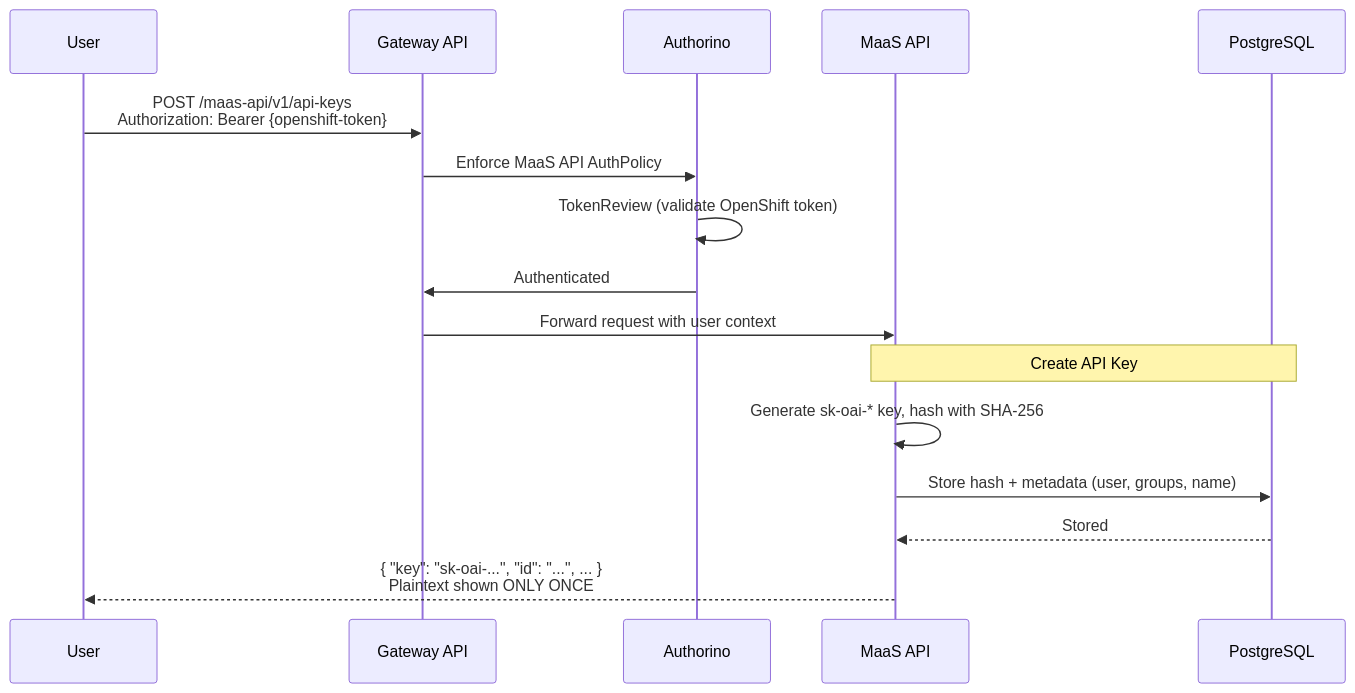
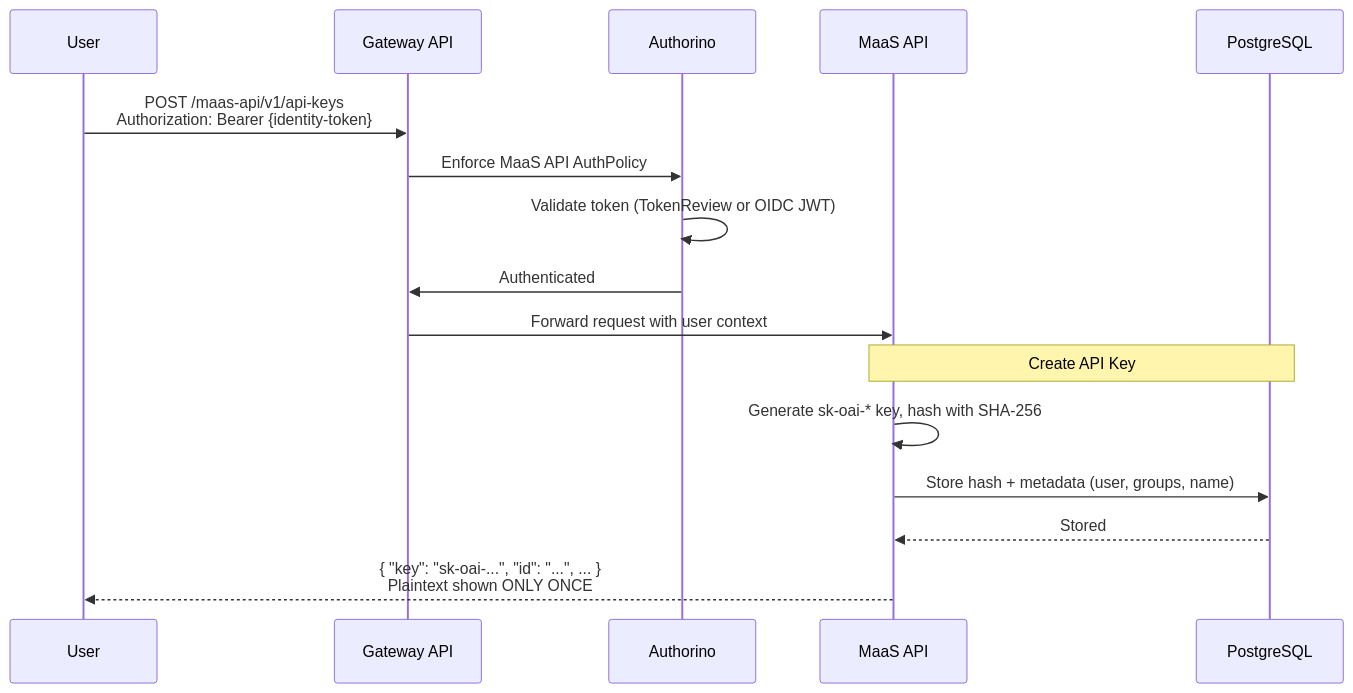
The seventh of 8 diagrams in docs/content/architecture.md (opendatahub-io/models-as-a-service), drawn with Mermaid before and after one commit. The commit also changed other lines of this file and 10 other files, not shown here.

````diff
--- a/docs/content/architecture.md
+++ b/docs/content/architecture.md
@@ -296,21 +296,21 @@
 ```mermaid
 sequenceDiagram
     participant User
     participant Gateway as Gateway API
     participant Authorino
     participant MaaS as MaaS API
     participant DB as PostgreSQL
 
-    User->>Gateway: POST /maas-api/v1/api-keys<br/>Authorization: Bearer {openshift-token}
+    User->>Gateway: POST /maas-api/v1/api-keys<br/>Authorization: Bearer {identity-token}
     Gateway->>Authorino: Enforce MaaS API AuthPolicy
-    Authorino->>Authorino: TokenReview (validate OpenShift token)
+    Authorino->>Authorino: Validate token (TokenReview or OIDC JWT)
     Authorino->>Gateway: Authenticated
     Gateway->>MaaS: Forward request with user context
 
     Note over MaaS,DB: Create API Key
     MaaS->>MaaS: Generate sk-oai-* key, hash with SHA-256
     MaaS->>DB: Store hash + metadata (user, groups, name)
     DB-->>MaaS: Stored
 
     MaaS-->>User: { "key": "sk-oai-...", "id": "...", ... }<br/>Plaintext shown ONLY ONCE
 ```
````
